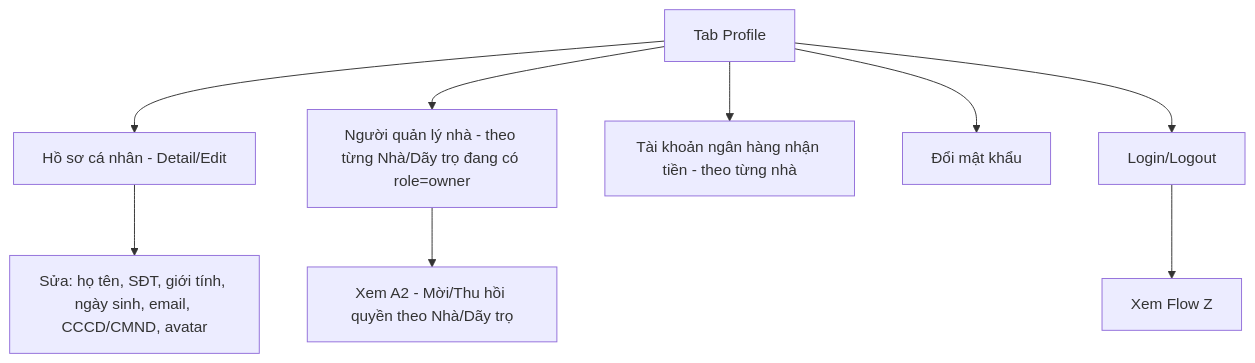
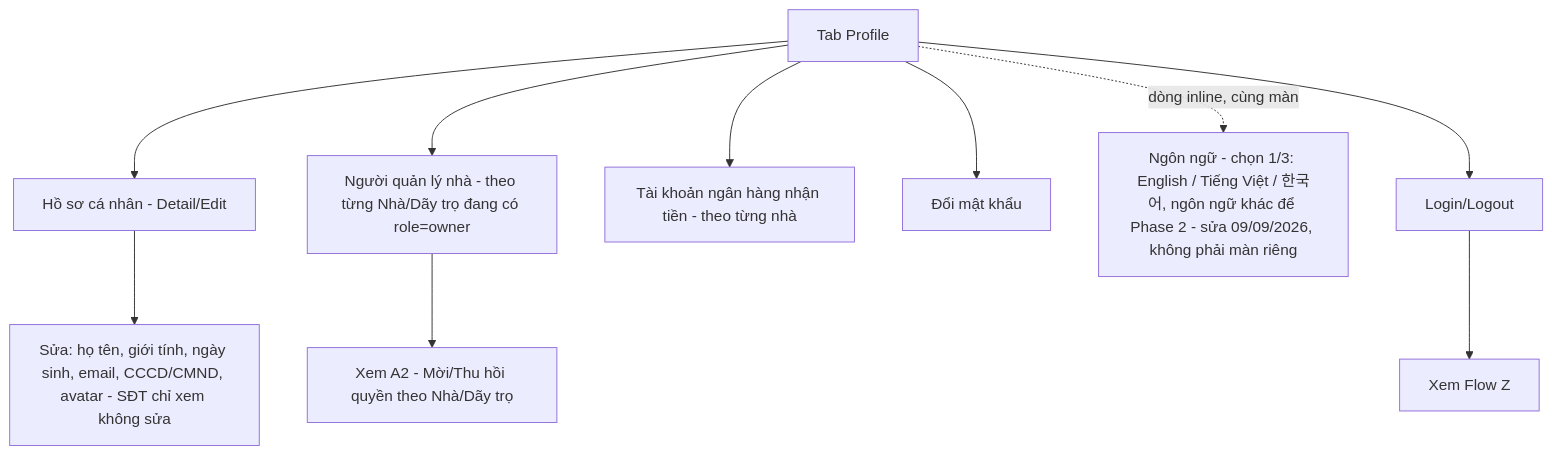
Before and after one commit to townsoft-dev/biztown-rent: the sixth of 8 diagrams in docs/USER-FLOWS.md, drawn with Mermaid. The commit also changed other lines of this file and 10 other files, not shown here.

````diff
--- a/docs/USER-FLOWS.md
+++ b/docs/USER-FLOWS.md
@@ -178,11 +178,12 @@
 ```mermaid
 flowchart TD
     A[Tab Profile] --> B[Hồ sơ cá nhân - Detail/Edit]
-    B --> C[Sửa: họ tên, SĐT, giới tính, ngày sinh, email, CCCD/CMND, avatar]
+    B --> C[Sửa: họ tên, giới tính, ngày sinh, email, CCCD/CMND, avatar - SĐT chỉ xem không sửa]
     A --> D[Người quản lý nhà - theo từng Nhà/Dãy trọ đang có role=owner]
     D --> E[Xem A2 - Mời/Thu hồi quyền theo Nhà/Dãy trọ]
     A --> F[Tài khoản ngân hàng nhận tiền - theo từng nhà]
     A --> G[Đổi mật khẩu]
+    A -. dòng inline, cùng màn .-> J[Ngôn ngữ - chọn 1/3: English / Tiếng Việt / 한국어, ngôn ngữ khác để Phase 2 - sửa 09/09/2026, không phải màn riêng]
     A --> H[Login/Logout]
     H --> I[Xem Flow Z]
 ```
````
